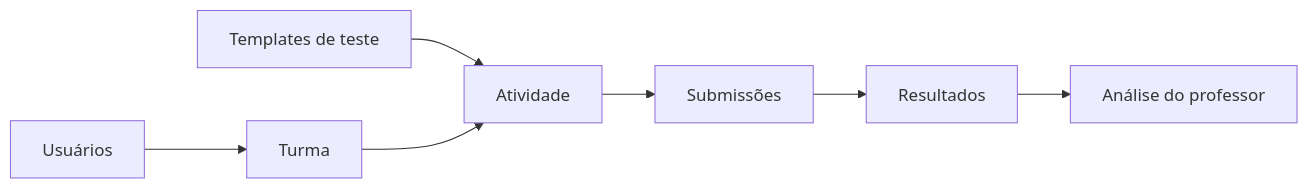
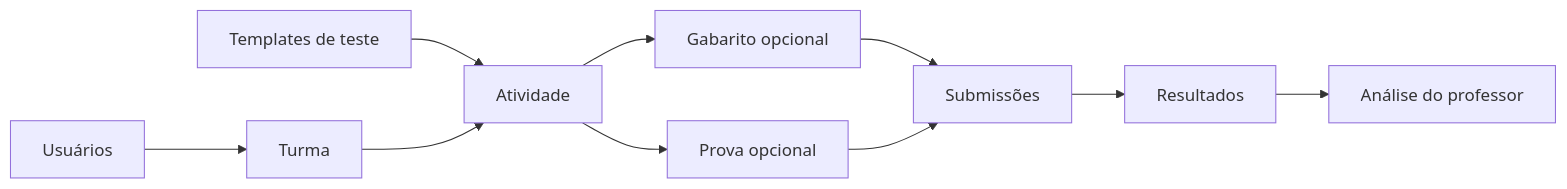
One commit to COCSI-MG/eevee changed the diagram in docs/teacher-guide/overview.md. Above: the diagram before and after it, drawn with Mermaid. The commit also changed other lines of this file and 24 other files, not shown here.

````diff
--- a/docs/teacher-guide/overview.md
+++ b/docs/teacher-guide/overview.md
@@ -7,9 +7,12 @@
 ```mermaid
 flowchart LR
     U[Usuários] --> C[Turma]
     T[Templates de teste] --> A[Atividade]
     C --> A
-    A --> S[Submissões]
+    A --> G[Gabarito opcional]
+    A --> P[Prova opcional]
+    G --> S[Submissões]
+    P --> S
     S --> R[Resultados]
     R --> F[Análise do professor]
 ```
````
